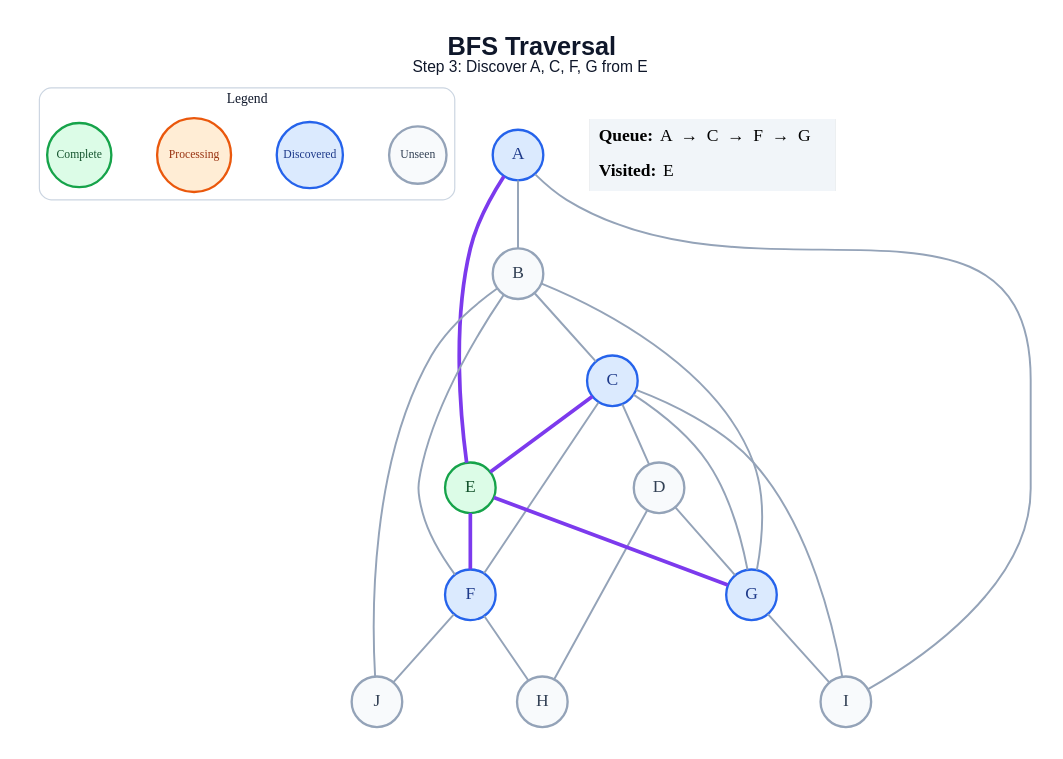
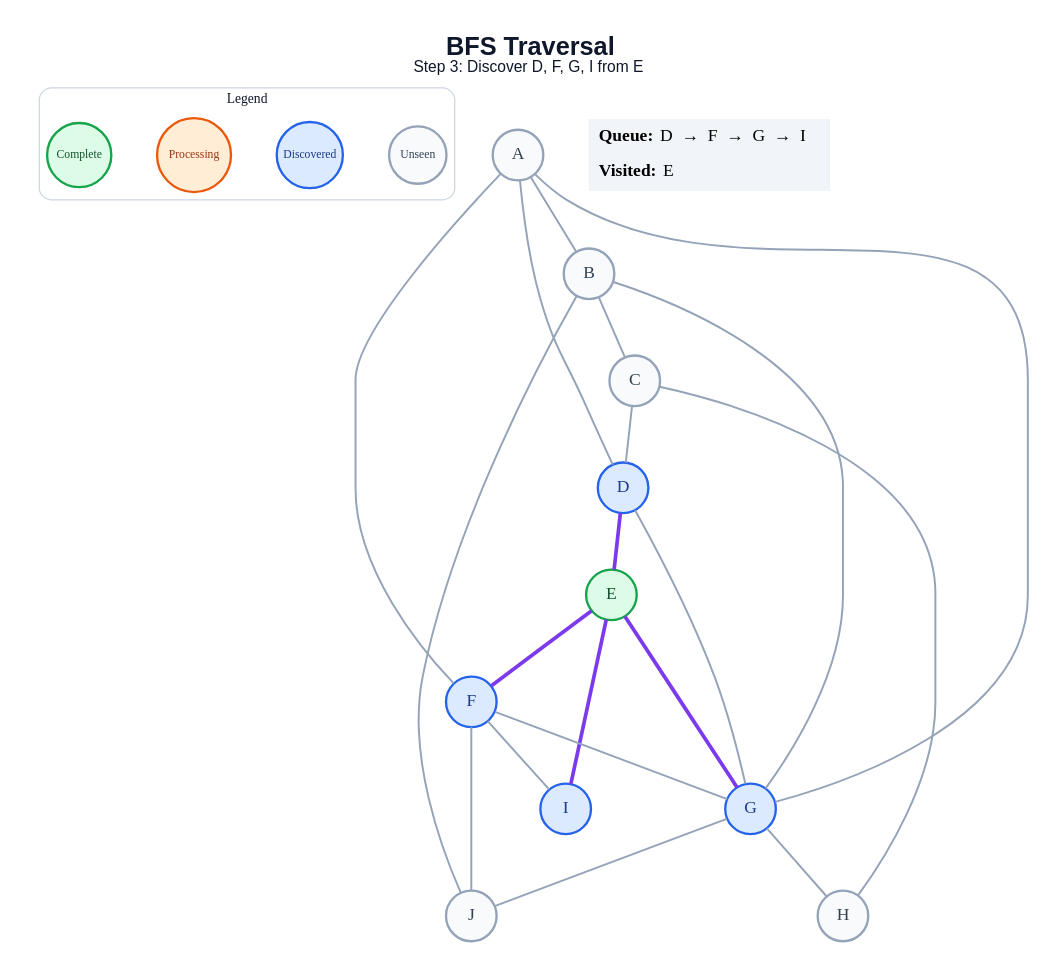
Before and after one commit to amanghodawala9/ai-slop: the diagram in generated/specific-node/bfs/step_03.dot, drawn with Graphviz. The commit also changed 178 other files, not shown here.

```diff
--- a/generated/specific-node/bfs/step_03.dot
+++ b/generated/specific-node/bfs/step_03.dot
@@ -1,48 +1,48 @@
 graph traversal {
   graph [layout=dot, rankdir=TB, bgcolor="#FFFFFF", pad="0.35", nodesep="0.65", ranksep="0.8", fontname="Arial"];
   node [shape=circle, style="filled", fontname="Arial Bold", fontsize=18, width=0.72, fixedsize=true, penwidth=2.4];
   edge [color="#94A3B8", penwidth=2.0];
-  label=<<B>BFS Traversal</B><BR/><FONT POINT-SIZE="16">Step 3: Discover A, C, F, G from E</FONT>>; labelloc="t"; fontsize=26; fontname="Arial"; fontcolor="#0F172A";
+  label=<<B>BFS Traversal</B><BR/><FONT POINT-SIZE="16">Step 3: Discover D, F, G, I from E</FONT>>; labelloc="t"; fontsize=26; fontname="Arial"; fontcolor="#0F172A";
   subgraph cluster_legend { label="Legend"; color="#CBD5E1"; penwidth=1.2; style="rounded"; fontsize=14; fontname="Arial Bold";
     key_unseen [label="Unseen", fillcolor="#F8FAFC", color="#94A3B8", fontcolor="#334155", fontsize=12, width=0.82];
     key_frontier [label="Discovered", fillcolor="#DBEAFE", color="#2563EB", fontcolor="#1E3A8A", fontsize=12, width=0.95];
     key_current [label="Processing", fillcolor="#FFEDD5", color="#EA580C", fontcolor="#9A3412", fontsize=12, width=1.05];
     key_done [label="Complete", fillcolor="#DCFCE7", color="#16A34A", fontcolor="#14532D", fontsize=12, width=0.92];
     { rank=same; key_unseen; key_frontier; key_current; key_done; }
   }
-  A [fillcolor="#DBEAFE", color="#2563EB", fontcolor="#1E3A8A"];
+  A [fillcolor="#F8FAFC", color="#94A3B8", fontcolor="#334155"];
   B [fillcolor="#F8FAFC", color="#94A3B8", fontcolor="#334155"];
-  C [fillcolor="#DBEAFE", color="#2563EB", fontcolor="#1E3A8A"];
-  D [fillcolor="#F8FAFC", color="#94A3B8", fontcolor="#334155"];
+  C [fillcolor="#F8FAFC", color="#94A3B8", fontcolor="#334155"];
+  D [fillcolor="#DBEAFE", color="#2563EB", fontcolor="#1E3A8A"];
   E [fillcolor="#DCFCE7", color="#16A34A", fontcolor="#14532D"];
   F [fillcolor="#DBEAFE", color="#2563EB", fontcolor="#1E3A8A"];
   G [fillcolor="#DBEAFE", color="#2563EB", fontcolor="#1E3A8A"];
   H [fillcolor="#F8FAFC", color="#94A3B8", fontcolor="#334155"];
-  I [fillcolor="#F8FAFC", color="#94A3B8", fontcolor="#334155"];
+  I [fillcolor="#DBEAFE", color="#2563EB", fontcolor="#1E3A8A"];
   J [fillcolor="#F8FAFC", color="#94A3B8", fontcolor="#334155"];
   A -- B;
-  A -- E [color="#7C3AED", penwidth=3.8];
-  A -- I;
+  A -- D;
+  A -- F;
+  A -- G;
   B -- C;
-  B -- F;
   B -- G;
   B -- J;
   C -- D;
-  C -- E [color="#7C3AED", penwidth=3.8];
-  C -- F;
-  C -- G;
-  C -- I;
+  C -- H;
+  D -- E [color="#7C3AED", penwidth=3.8];
   D -- G;
-  D -- H;
   E -- F [color="#7C3AED", penwidth=3.8];
   E -- G [color="#7C3AED", penwidth=3.8];
-  F -- H;
+  E -- I [color="#7C3AED", penwidth=3.8];
+  F -- G;
+  F -- I;
   F -- J;
-  G -- I;
+  G -- H;
+  G -- J;
   status [shape=plain, fixedsize=false, width=0, height=0, margin=0, label=<
     <TABLE BORDER="0" CELLBORDER="0" CELLPADDING="7" BGCOLOR="#F1F5F9">
-      <TR><TD ALIGN="LEFT"><B>Queue:</B> A  →  C  →  F  →  G</TD></TR>
+      <TR><TD ALIGN="LEFT"><B>Queue:</B> D  →  F  →  G  →  I</TD></TR>
       <TR><TD ALIGN="LEFT"><B>Visited:</B> E</TD></TR>
     </TABLE>
   >];
 }
```
